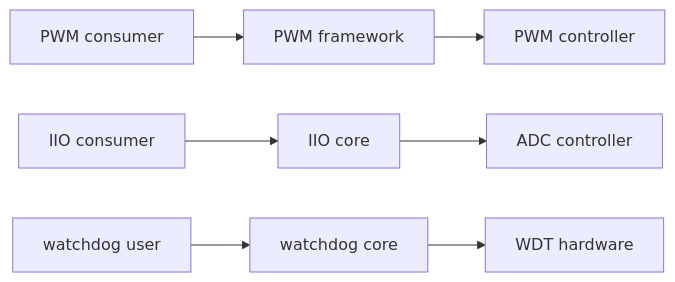
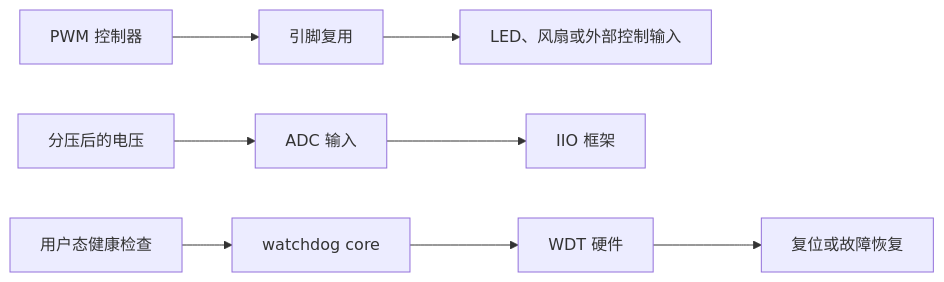
Before and after one commit to cdragon-ljl/EEandEdgeAI: the first of 13 diagrams in docs/articles/bsp/bsp-25-pwm-adc-watchdog.md, drawn with Mermaid. The commit also changed other lines of this file and 25 other files, not shown here.

````diff
--- a/docs/articles/bsp/bsp-25-pwm-adc-watchdog.md
+++ b/docs/articles/bsp/bsp-25-pwm-adc-watchdog.md
@@ -15,6 +41,10 @@
 ```mermaid
 flowchart LR
-    A[PWM consumer] --> B[PWM framework] --> C[PWM controller]
-    D[IIO consumer] --> E[IIO core] --> F[ADC controller]
-    G[watchdog user] --> H[watchdog core] --> I[WDT hardware]
+    A[PWM 控制器] --> B[引脚复用]
+    B --> C[LED、风扇或外部控制输入]
+    D[分压后的电压] --> E[ADC 输入]
+    E --> F[IIO 框架]
+    G[用户态健康检查] --> H[watchdog core]
+    H --> I[WDT 硬件]
+    I --> J[复位或故障恢复]
 ```
````
